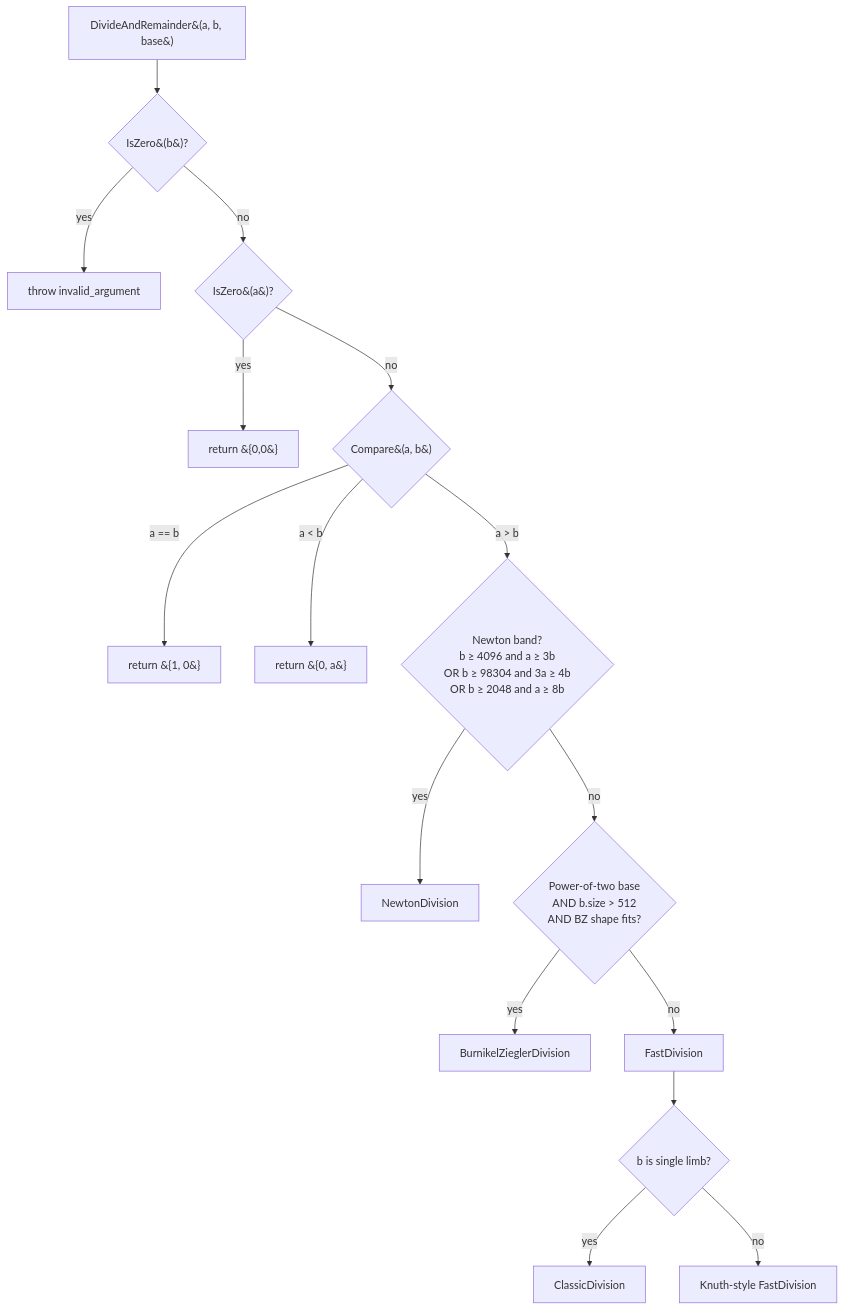
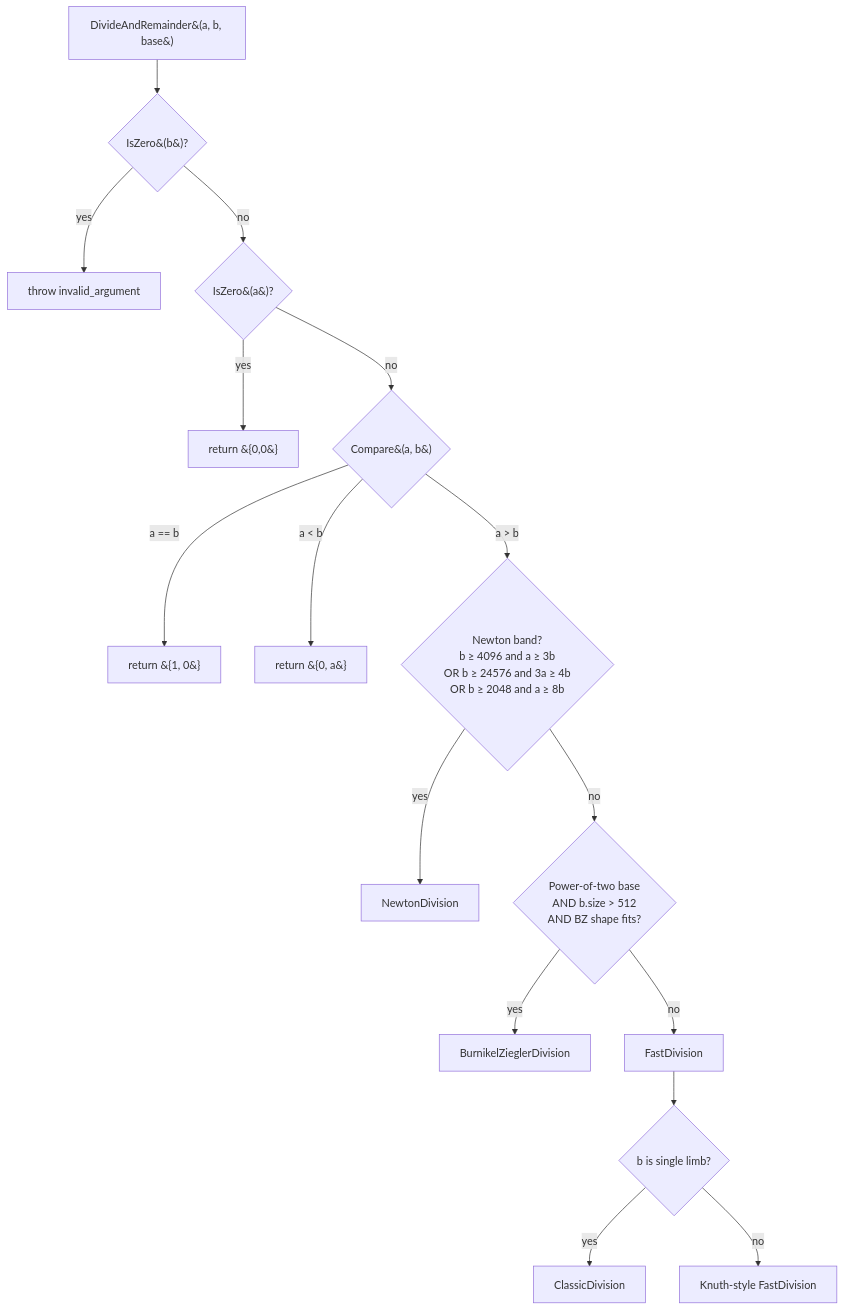
One commit to mmurshed/biginteger changed the diagram in docs/DIVISION.md. Above: the diagram before and after it, drawn with Mermaid. The commit also changed other lines of this file and 4 other files, not shown here.

````diff
--- a/docs/DIVISION.md
+++ b/docs/DIVISION.md
@@ -56,18 +56,18 @@
 ```mermaid
 flowchart TD
     A[DivideAndRemainder&#40;a, b, base&#41;] --> B{IsZero&#40;b&#41;?}
     B -- yes --> Err[throw invalid_argument]
     B -- no --> C{IsZero&#40;a&#41;?}
     C -- yes --> Z[return &#123;0,0&#125;]
     C -- no --> D{Compare&#40;a, b&#41;}
     D -- a == b --> Eq[return &#123;1, 0&#125;]
     D -- a &lt; b --> Less[return &#123;0, a&#125;]
-    D -- a &gt; b --> E{Newton band?<br/>b ≥ 4096 and a ≥ 3b<br/>OR b ≥ 98304 and 3a ≥ 4b<br/>OR b ≥ 2048 and a ≥ 8b}
+    D -- a &gt; b --> E{Newton band?<br/>b ≥ 4096 and a ≥ 3b<br/>OR b ≥ 24576 and 3a ≥ 4b<br/>OR b ≥ 2048 and a ≥ 8b}
     E -- yes --> N[NewtonDivision]
     E -- no --> F{Power-of-two base<br/>AND b.size &gt; 512<br/>AND BZ shape fits?}
     F -- yes --> BZ[BurnikelZieglerDivision]
     F -- no --> FD[FastDivision]
     FD --> S{b is single limb?}
     S -- yes --> CD[ClassicDivision]
     S -- no --> KD[Knuth-style FastDivision]
 ```
````
